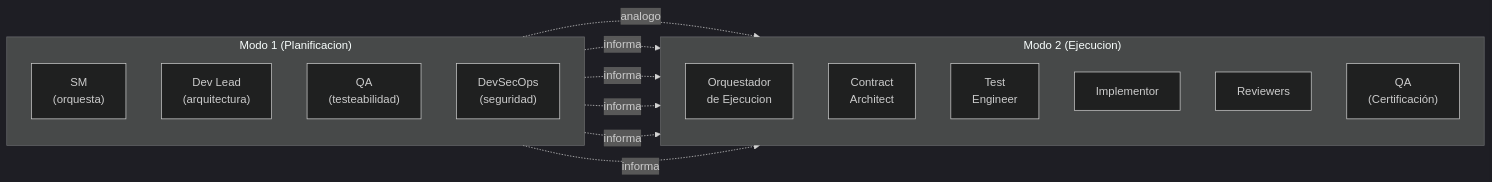
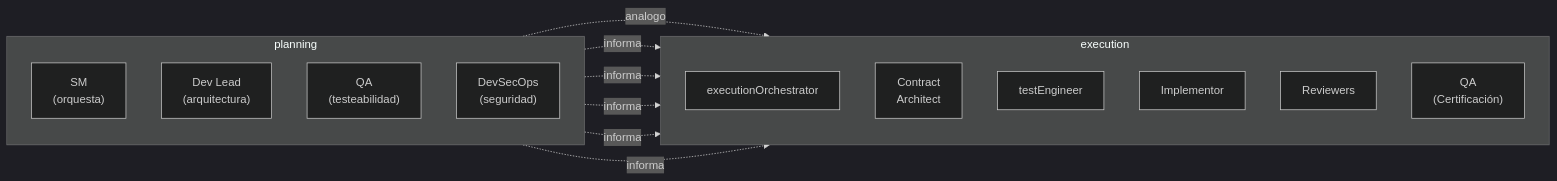
One commit to virgenherrera/idea-to-mvp changed the fifth of 6 diagrams in docs/execution/README.md. Above: the diagram before and after it, drawn with Mermaid (dark theme). The commit also changed other lines of this file and 30 other files, not shown here.

````diff
--- a/docs/execution/README.md
+++ b/docs/execution/README.md
@@ -215,27 +233,27 @@
 ```mermaid
 flowchart LR
-    subgraph PLAN["Modo 1 (Planificacion)"]
+    subgraph PLAN["planning"]
         direction TB
         SM_P["SM\n(orquesta)"]
         DEV_P["Dev Lead\n(arquitectura)"]
         QA_P["QA\n(testeabilidad)"]
         SEC_P["DevSecOps\n(seguridad)"]
     end
 
-    subgraph EXEC_R["Modo 2 (Ejecucion)"]
+    subgraph EXEC_R["execution"]
         direction TB
-        OE["Orquestador\nde Ejecucion"]
+        OE["executionOrchestrator"]
         CA["Contract\nArchitect"]
-        TE["Test\nEngineer"]
+        TE["testEngineer"]
         IMP["Implementor"]
         REV["Reviewers"]
         QA_E["QA\n(Certificación)"]
     end
 
     SM_P -.->|"analogo"| OE
     DEV_P -.->|"informa"| CA
     QA_P -.->|"informa"| TE
     DEV_P -.->|"informa"| IMP
     SEC_P -.->|"informa"| REV
     QA_P -.->|"informa"| QA_E
 ```
````
